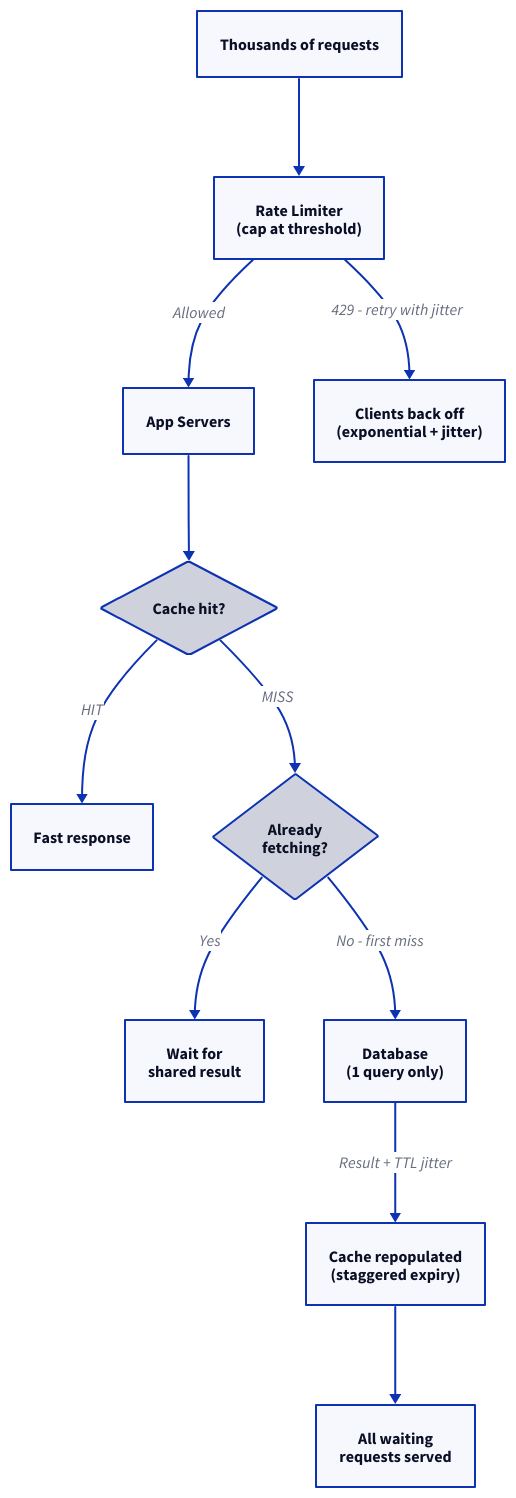
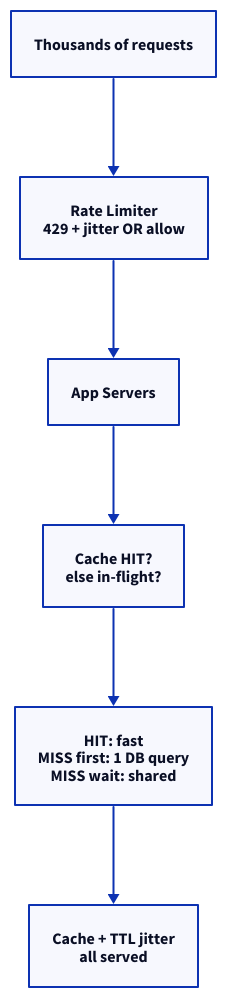
One commit to g-savitha/gsavitha.in changed the eighth of 8 diagrams in src/content/blog/thundering-herd.md. Above: the diagram before and after it, drawn with D2. The commit also changed other lines of this file and 11 other files, not shown here.

````diff
--- a/src/content/blog/thundering-herd.md
+++ b/src/content/blog/thundering-herd.md
@@ -392,24 +342,10 @@
 ```d2
 direction: down
-Users: "Thousands of requests"
-RL: "Rate Limiter\n(cap at threshold)" {class: cobalt}
-App: "App Servers"
-Backoff: "Clients back off\n(exponential + jitter)"
-Cache: "Cache hit?" {shape: diamond}
-Response: "Fast response" {class: forest}
-Flight: "Already\nfetching?" {shape: diamond}
-Wait: "Wait for\nshared result"
-DB: "Database\n(1 query only)" {class: forest}
-CacheWrite: "Cache repopulated\n(staggered expiry)"
-Broadcast: "All waiting\nrequests served"
-Users -> RL
-RL -> App: Allowed
-RL -> Backoff: "429 - retry with jitter"
-App -> Cache
-Cache -> Response: HIT
-Cache -> Flight: MISS
-Flight -> Wait: Yes
-Flight -> DB: "No - first miss"
-DB -> CacheWrite: "Result + TTL jitter"
-CacheWrite -> Broadcast
+Users: "Thousands of requests" {class: primary}
+RL: "Rate Limiter\n429 + jitter OR allow" {class: cobalt}
+App: "App Servers" {class: info}
+Cache: "Cache HIT?\nelse in-flight?" {class: decision}
+Path: "HIT: fast\nMISS first: 1 DB query\nMISS wait: shared" {class: forest}
+Done: "Cache + TTL jitter\nall served" {class: success}
+Users -> RL -> App -> Cache -> Path -> Done
 ```
````
